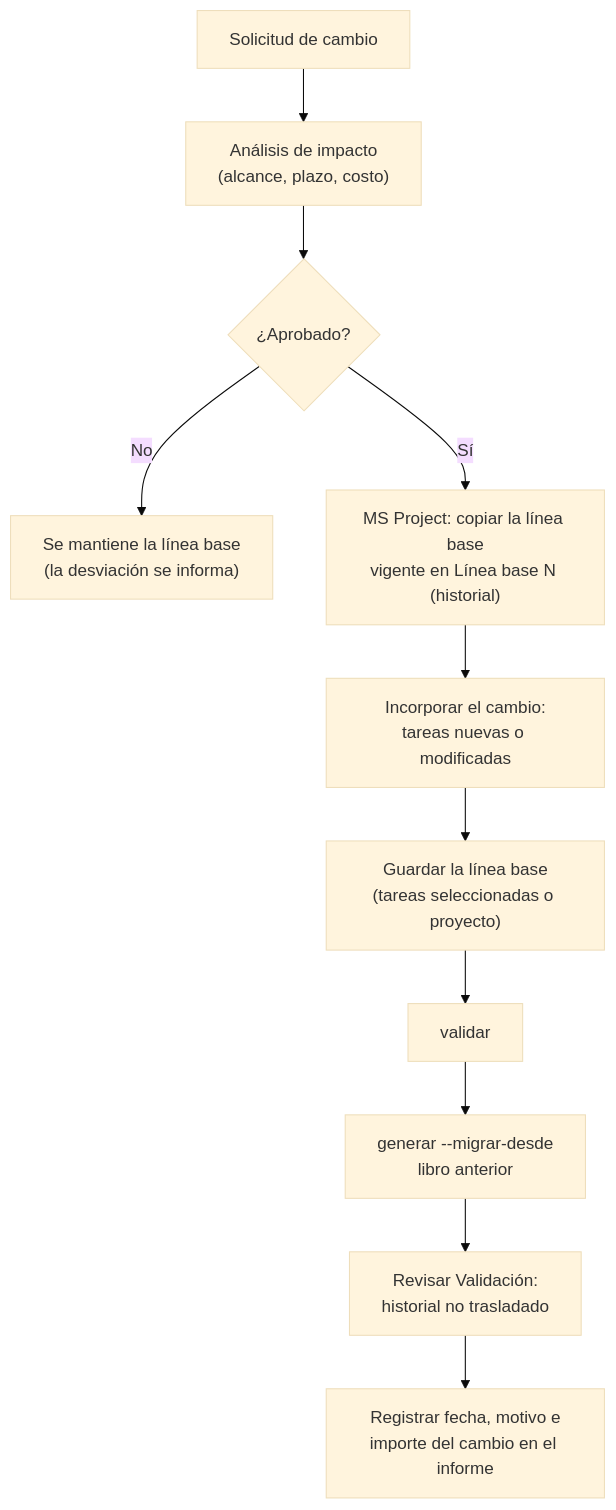
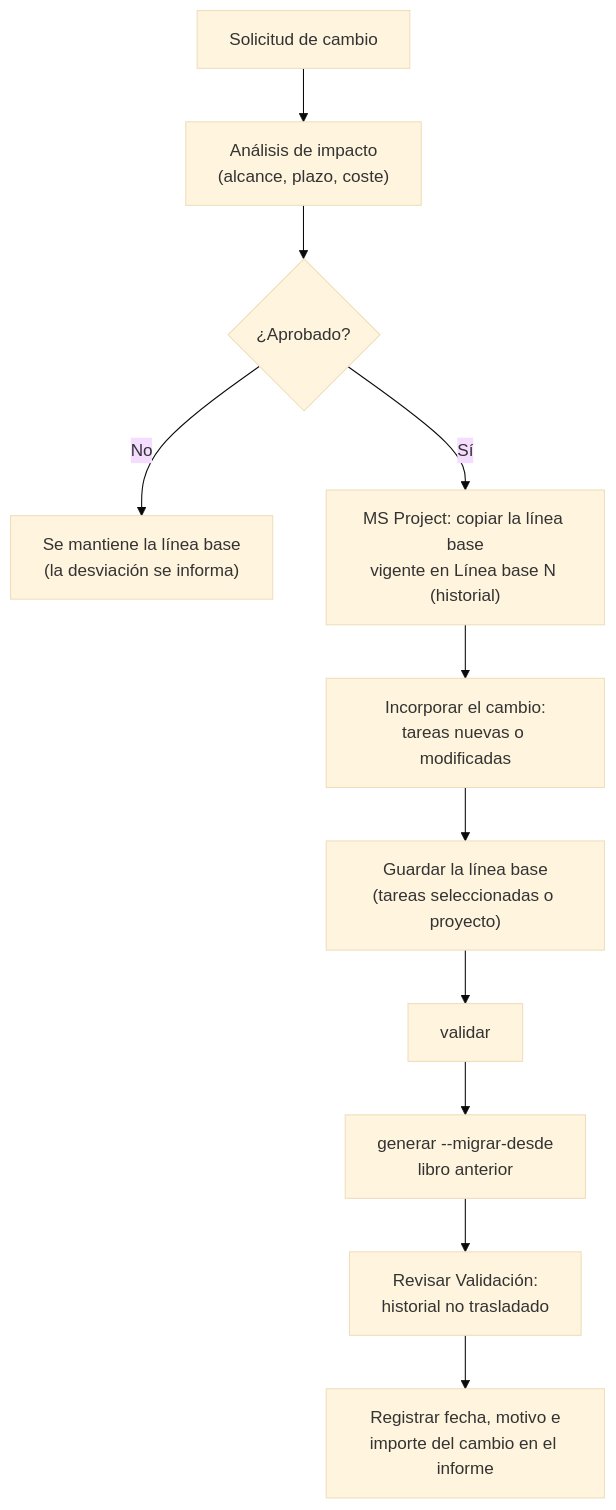
Before and after one commit to MarceloSalazar/evm-automation: the fourth of 4 diagrams in docs/proceso-reporte-evm.md, drawn with Mermaid (base theme). The commit also changed other lines of this file and 76 other files, not shown here.

````diff
--- a/docs/proceso-reporte-evm.md
+++ b/docs/proceso-reporte-evm.md
@@ -203,13 +203,13 @@
 ```mermaid
 flowchart TD
-    A["Solicitud de cambio"] --> B["Análisis de impacto<br/>(alcance, plazo, costo)"]
+    A["Solicitud de cambio"] --> B["Análisis de impacto<br/>(alcance, plazo, coste)"]
     B --> C{"¿Aprobado?"}
     C -- "No" --> Z["Se mantiene la línea base<br/>(la desviación se informa)"]
     C -- "Sí" --> D["MS Project: copiar la línea base<br/>vigente en Línea base N (historial)"]
     D --> E["Incorporar el cambio:<br/>tareas nuevas o modificadas"]
     E --> F["Guardar la línea base<br/>(tareas seleccionadas o proyecto)"]
     F --> VA["validar"]
     VA --> G["generar --migrar-desde<br/>libro anterior"]
     G --> H["Revisar Validación:<br/>historial no trasladado"]
     H --> I["Registrar fecha, motivo e<br/>importe del cambio en el informe"]
 ```
````
